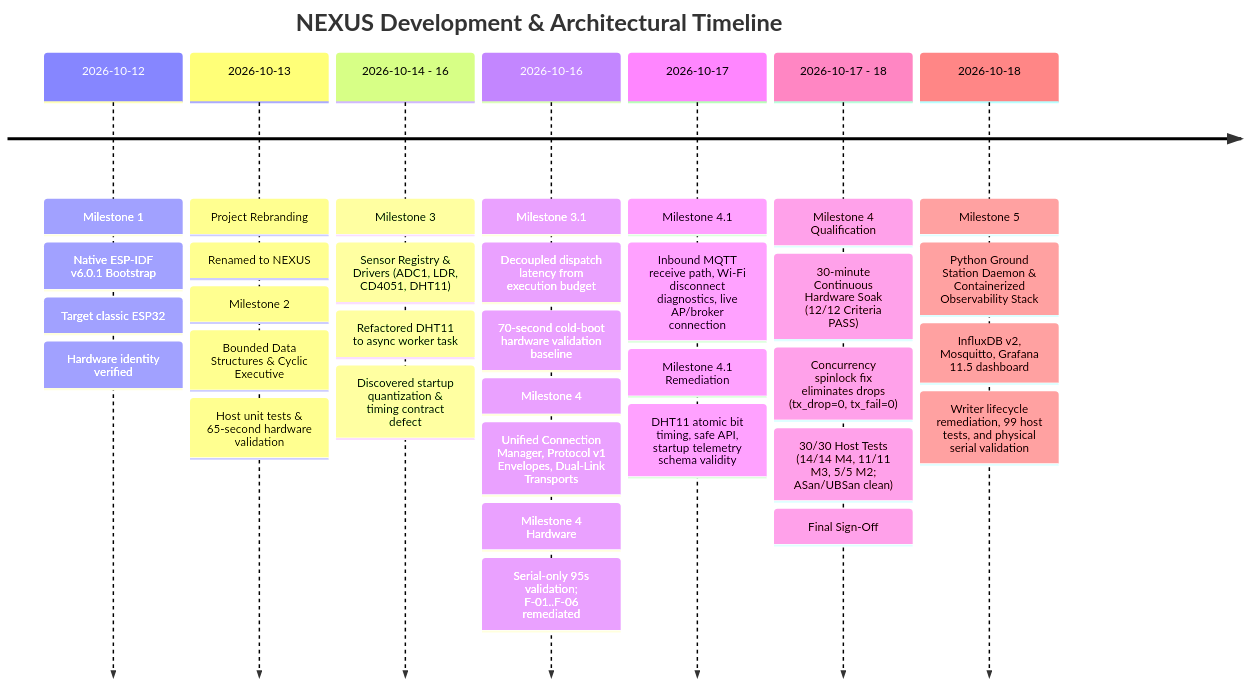
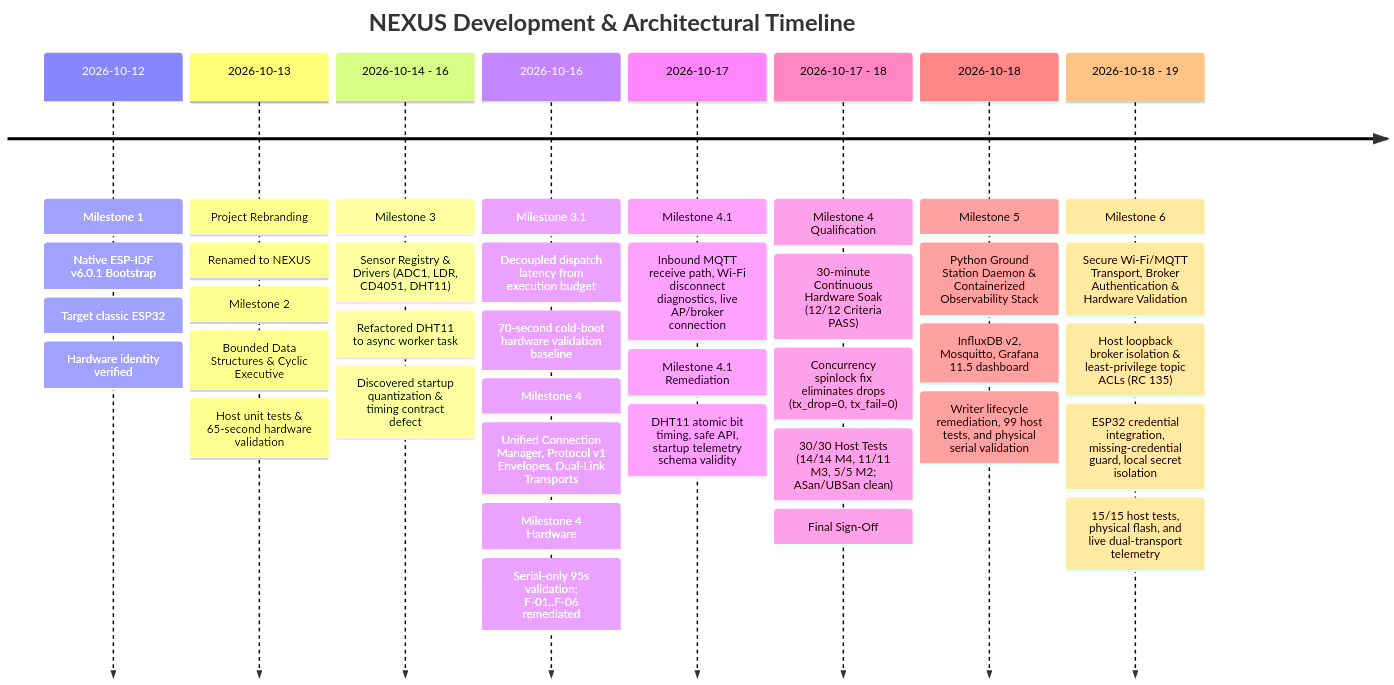
Before and after one commit to aryan-madhavi/NEXUS: the diagram in docs/milestones/PROJECT_HISTORY.md, drawn with Mermaid. The commit also changed other lines of this file and 3 other files, not shown here.

First line of the commit message:
docs(milestone-6): document secure wi-fi/mqtt transport and hardware validation

````diff
--- a/docs/milestones/PROJECT_HISTORY.md
+++ b/docs/milestones/PROJECT_HISTORY.md
@@ -19,24 +19,28 @@
 ```mermaid
 timeline
     title NEXUS Development & Architectural Timeline
     2026-10-12 : Milestone 1 : Native ESP-IDF v6.0.1 Bootstrap
                : Target classic ESP32 : Hardware identity verified
     2026-10-13 : Project Rebranding : Renamed to NEXUS
                : Milestone 2 : Bounded Data Structures & Cyclic Executive
                : Host unit tests & 65-second hardware validation
     2026-10-14 - 16 : Milestone 3 : Sensor Registry & Drivers (ADC1, LDR, CD4051, DHT11)
                     : Refactored DHT11 to async worker task
                     : Discovered startup quantization & timing contract defect
     2026-10-16 : Milestone 3.1 : Decoupled dispatch latency from execution budget
                : 70-second cold-boot hardware validation baseline
                : Milestone 4 : Unified Connection Manager, Protocol v1 Envelopes, Dual-Link Transports
                : Milestone 4 Hardware : Serial-only 95s validation; F-01..F-06 remediated
     2026-10-17 : Milestone 4.1 : Inbound MQTT receive path, Wi-Fi disconnect diagnostics, live AP/broker connection
                : Milestone 4.1 Remediation : DHT11 atomic bit timing, safe API, startup telemetry schema validity
     2026-10-17 - 18 : Milestone 4 Qualification : 30-minute Continuous Hardware Soak (12/12 Criteria PASS)
                     : Concurrency spinlock fix eliminates drops (tx_drop=0, tx_fail=0)
                     : 30/30 Host Tests (14/14 M4, 11/11 M3, 5/5 M2; ASan/UBSan clean) : Final Sign-Off
     2026-10-18 : Milestone 5 : Python Ground Station Daemon & Containerized Observability Stack
                : InfluxDB v2, Mosquitto, Grafana 11.5 dashboard
                : Writer lifecycle remediation, 99 host tests, and physical serial validation
+    2026-10-18 - 19 : Milestone 6 : Secure Wi-Fi/MQTT Transport, Broker Authentication & Hardware Validation
+                    : Host loopback broker isolation & least-privilege topic ACLs (RC 135)
+                    : ESP32 credential integration, missing-credential guard, local secret isolation
+                    : 15/15 host tests, physical flash, and live dual-transport telemetry
 ```
````
